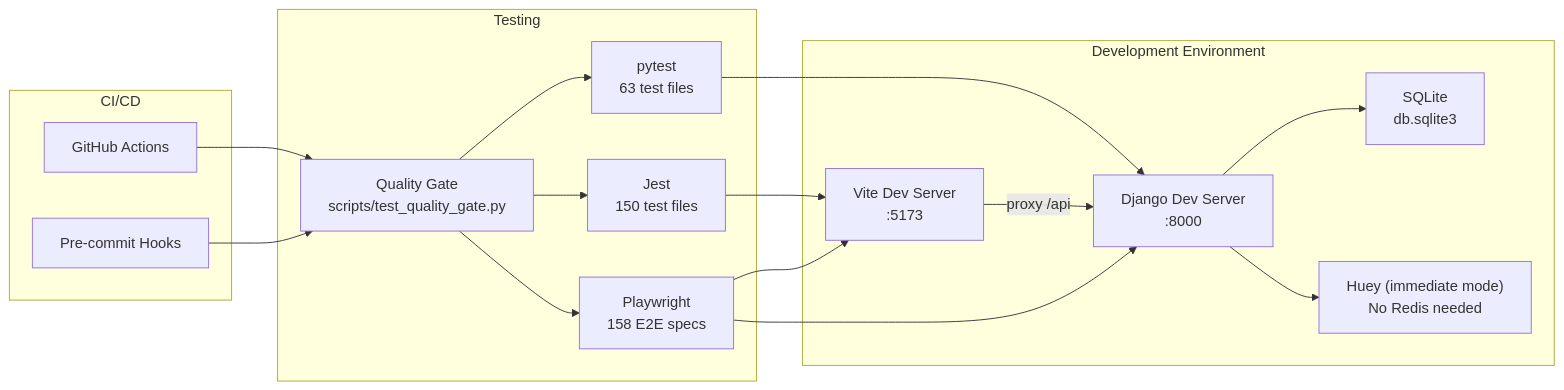
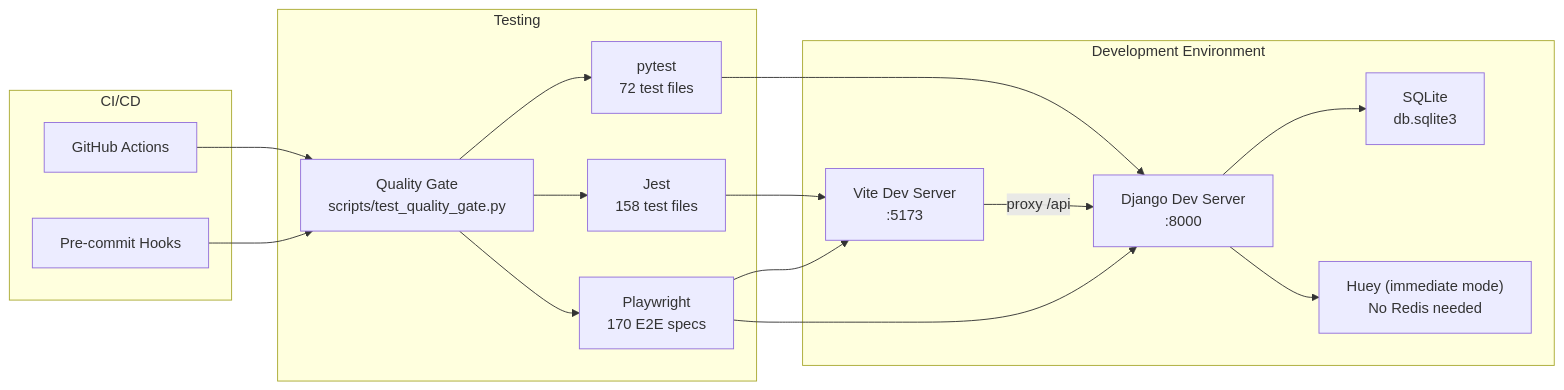
One commit to carlos18bp/gym_project changed the second of 8 diagrams in docs/methodology/architecture.md. Above: the diagram before and after it, drawn with Mermaid. The commit also changed other lines of this file and 21 other files, not shown here.

Commit message:
FEAT: SECOP UNSPSC multi-select filter with E2E flow coverage improvements

````diff
--- a/docs/methodology/architecture.md
+++ b/docs/methodology/architecture.md
@@ -60,34 +60,34 @@
 ```mermaid
 flowchart LR
     subgraph Dev["Development Environment"]
         Vite["Vite Dev Server\n:5173"]
         Django["Django Dev Server\n:8000"]
         Huey_Imm["Huey (immediate mode)\nNo Redis needed"]
         SQLite["SQLite\ndb.sqlite3"]
     end
 
     subgraph Test["Testing"]
-        Pytest["pytest\n63 test files"]
-        Jest["Jest\n150 test files"]
-        PW["Playwright\n158 E2E specs"]
+        Pytest["pytest\n72 test files"]
+        Jest["Jest\n158 test files"]
+        PW["Playwright\n170 E2E specs"]
         QG["Quality Gate\nscripts/test_quality_gate.py"]
     end
 
     subgraph CI["CI/CD"]
         GHA["GitHub Actions"]
         PreCommit["Pre-commit Hooks"]
     end
 
     Vite -->|"proxy /api"| Django
     Django --> SQLite
     Django --> Huey_Imm
     Pytest --> Django
     Jest --> Vite
     PW --> Vite
     PW --> Django
     QG --> Pytest
     QG --> Jest
     QG --> PW
     GHA --> QG
     PreCommit --> QG
 ```
````
